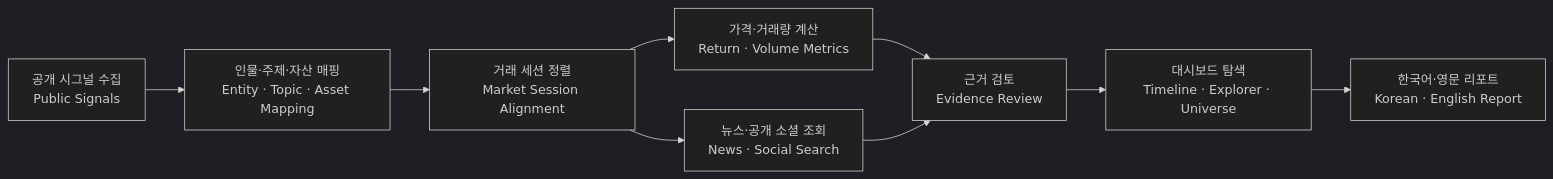
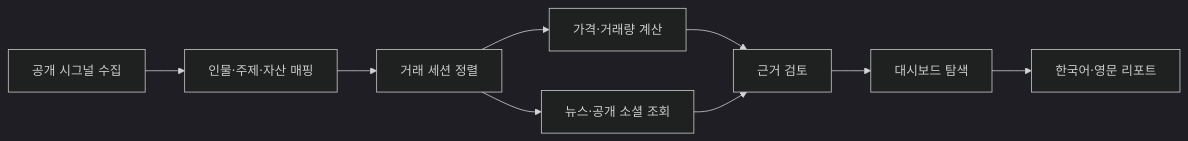
One commit to hyooos/Market-Signal-Atlas changed the diagram in README.md. Above: the diagram before and after it, drawn with Mermaid (dark theme). The commit also changed other lines of this file and 7 other files, not shown here.

````diff
--- a/README.md
+++ b/README.md
@@ -222,19 +222,19 @@
 ```mermaid
 flowchart LR
 
-A["공개 시그널 수집<br/>Public Signals"]
-B["인물·주제·자산 매핑<br/>Entity · Topic · Asset Mapping"]
-C["거래 세션 정렬<br/>Market Session Alignment"]
+A["공개 시그널 수집"]
+B["인물·주제·자산 매핑"]
+C["거래 세션 정렬"]
 
 A --> B
 B --> C
 
-C --> D["가격·거래량 계산<br/>Return · Volume Metrics"]
-C --> E["뉴스·공개 소셜 조회<br/>News · Social Search"]
+C --> D["가격·거래량 계산"]
+C --> E["뉴스·공개 소셜 조회"]
 
-D --> F["근거 검토<br/>Evidence Review"]
+D --> F["근거 검토"]
 E --> F
 
-F --> G["대시보드 탐색<br/>Timeline · Explorer · Universe"]
-G --> H["한국어·영문 리포트<br/>Korean · English Report"]
+F --> G["대시보드 탐색"]
+G --> H["한국어·영문 리포트"]
 ```
````
